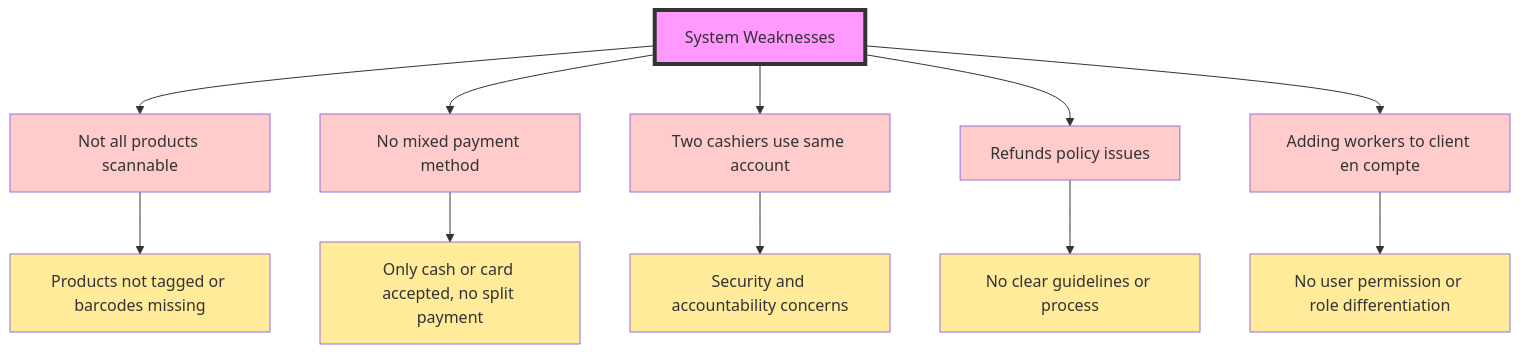
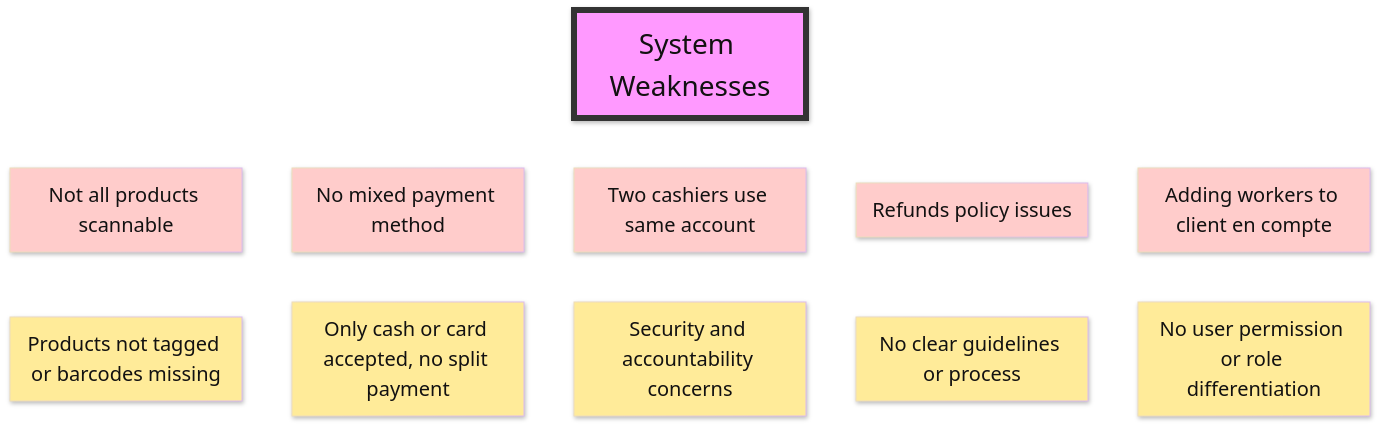
The first of 11 diagrams in VISION_EN.md (rachidd31/restaurationUIASS), drawn with Mermaid before and after one commit.

````diff
--- a/VISION_EN.md
+++ b/VISION_EN.md
@@ -9,28 +9,35 @@
 ```mermaid
+---
+config:
+  theme: base
+  look: neo
+---
 flowchart TD
     A[System Weaknesses] --> B[Not all products scannable]
     A --> C[No mixed payment method]
     A --> D[Two cashiers use same account]
     A --> E[Refunds policy issues]
     A --> F[Adding workers to client en compte]
-    
     B --> B1[Products not tagged or barcodes missing]
     C --> C1[Only cash or card accepted, no split payment]
     D --> D1[Security and accountability concerns]
     E --> E1[No clear guidelines or process]
     F --> F1[No user permission or role differentiation]
     
-    style A fill:#f9f,stroke:#333,stroke-width:4px
-    style B fill:#ffcccb
-    style C fill:#ffcccb
-    style D fill:#ffcccb
-    style E fill:#ffcccb
-    style F fill:#ffcccb
-    style B1 fill:#ffeb99
-    style C1 fill:#ffeb99
-    style D1 fill:#ffeb99
-    style E1 fill:#ffeb99
-    style F1 fill:#ffeb99
+    style A fill:#f9f,stroke:#333,stroke-width:6px, color:#121111, font-size:28px
+    style B fill:#ffcccb, color:#121111, font-size:20px
+    style C fill:#ffcccb, color:#121111, font-size:20px
+    style D fill:#ffcccb, color:#121111, font-size:20px
+    style E fill:#ffcccb, color:#121111, font-size:20px
+    style F fill:#ffcccb, color:#121111, font-size:20px
+    style B1 fill:#ffeb99, color:#121111, font-size:20px
+    style C1 fill:#ffeb99, color:#121111, font-size:20px
+    style D1 fill:#ffeb99, color:#121111, font-size:20px
+    style E1 fill:#ffeb99, color:#121111, font-size:20px
+    style F1 fill:#ffeb99, color:#121111, font-size:20px
+    
+    linkStyle default stroke:#FFFFFF, stroke-width:2px
+
 
 
 ```
````
